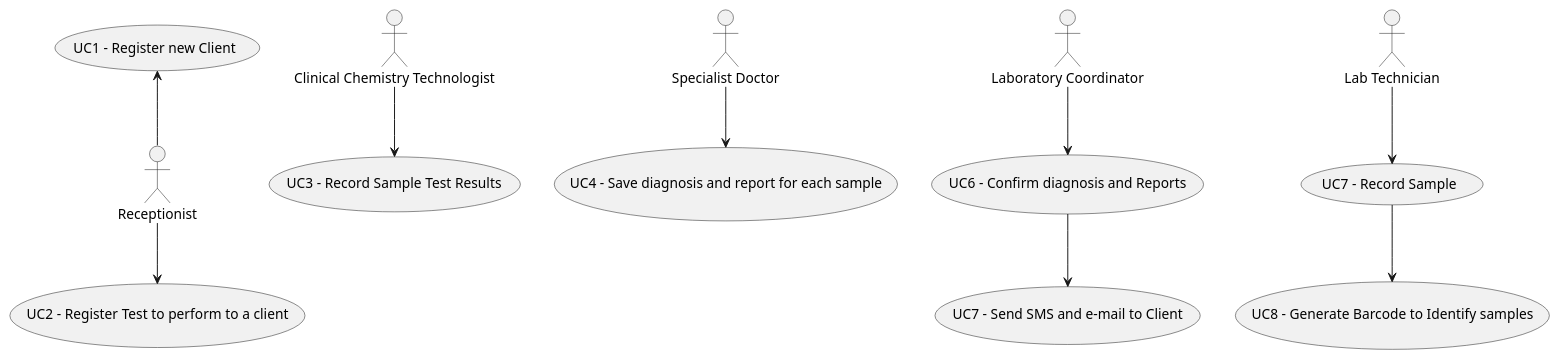
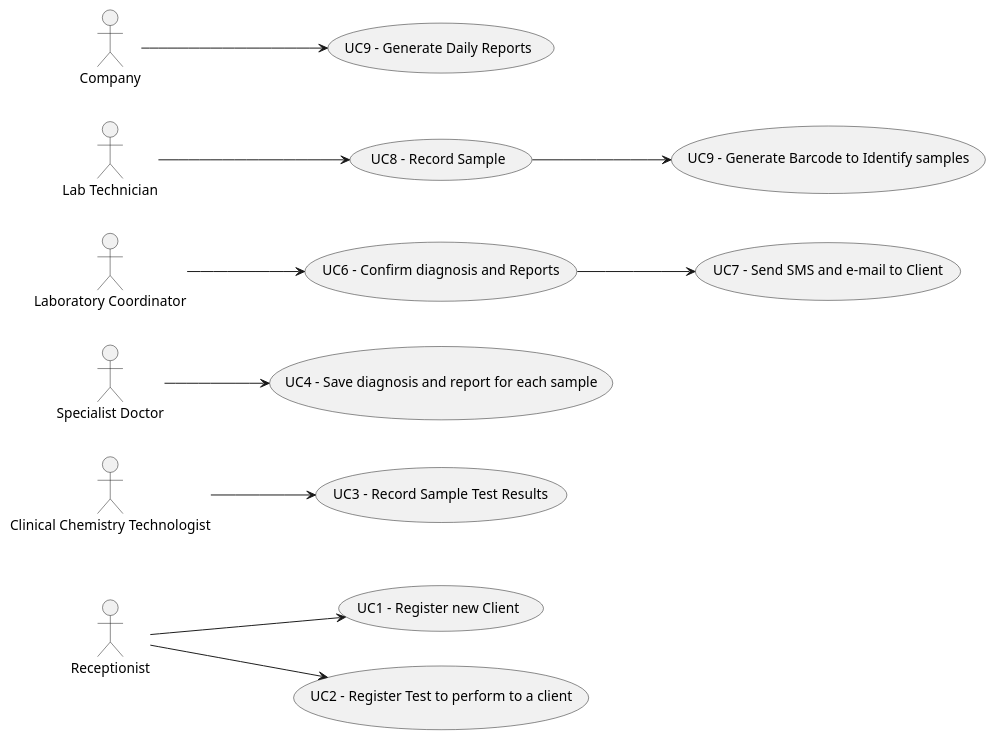
Before and after one commit to GuilhermeCunha79/lapr2: the diagram in docs/SprintA/UC Diagram.puml, drawn with PlantUML.

Commit message:
Added UC Diagram V0.0.3

```diff
--- a/docs/SprintA/UC Diagram.puml
+++ b/docs/SprintA/UC Diagram.puml
@@ -1,22 +1,23 @@
 @startuml
 'https://plantuml.com/use-case-diagram
 
-
+left to right direction
 :Receptionist: as Recep
-Recep -up-> (UC1 - Register new Client)
-Recep -down-> (UC2 - Register Test to perform to a client)
+Recep --> (UC1 - Register new Client)
+Recep --> (UC2 - Register Test to perform to a client)
 :Clinical Chemistry Technologist: -down-> (UC3 - Record Sample Test Results)
 :Specialist Doctor: -down-> (UC4 - Save diagnosis and report for each sample)
 :Laboratory Coordinator: as lc
-(UC6 - Confirm diagnosis and Reports) as UC5
-(UC7 - Send SMS and e-mail to Client) as UC6
+(UC6 - Confirm diagnosis and Reports) as UC6
+(UC7 - Send SMS and e-mail to Client) as UC7
 :Lab Technician: as lt
-(UC7 - Record Sample) as UC7
-(UC8 - Generate Barcode to Identify samples) as UC8
+(UC8 - Record Sample) as UC8
+(UC9 - Generate Barcode to Identify samples) as UC9
 
-lc --> UC5
-UC5 --> UC6
+:Company: --> (UC9 - Generate Daily Reports)
+lc --> UC6
+UC6 --> UC7
 
-lt --> UC7
-UC7 --> UC8
+lt --> UC8
+UC8 --> UC9
 @enduml
```
